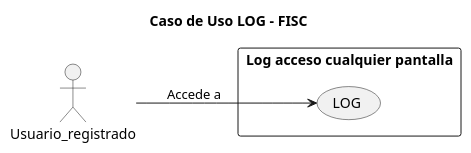
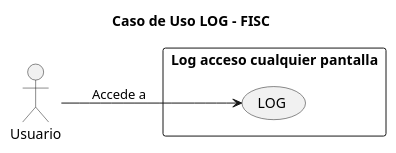
The diagram in casosDeUso/casoUsoLog.puml (mmasias/23-24-IdSw1-SDR), drawn with PlantUML before and after one commit.

Commit message:
codigo caso uso log

```diff
--- a/casosDeUso/casoUsoLog.puml
+++ b/casosDeUso/casoUsoLog.puml
@@ -1,15 +1,16 @@
 @startuml
 title Caso de Uso LOG - FISC
 
 left to right direction
 
-actor Usuario_registrado as user
+actor Usuario as user
 
 
 rectangle "Log acceso cualquier pantalla" {
     usecase "LOG" as log
 
 }
 
 user --> log: "Accede a"
+
 @enduml
```
